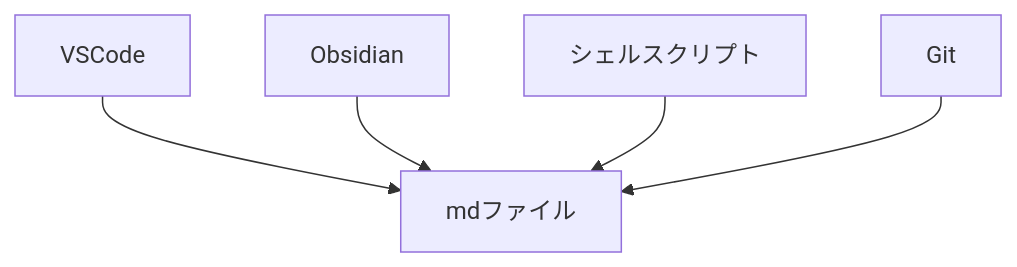
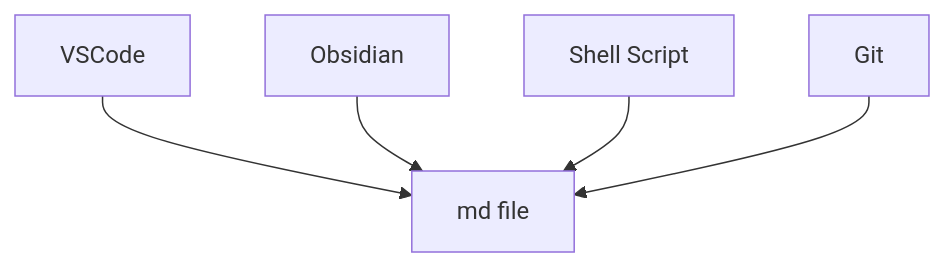
One commit to yo-goto/zenn-public-repo changed the diagram in books/obsidian-dot-zenn/3-oz-thinking-way.md. Above: the diagram before and after it, drawn with Mermaid. The commit also changed other lines of this file and 24 other files, not shown here.

````diff
--- a/books/obsidian-dot-zenn/3-oz-thinking-way.md
+++ b/books/obsidian-dot-zenn/3-oz-thinking-way.md
@@ -77,12 +137,12 @@
 ```mermaid
 flowchart TD
-    A["mdファイル"]
+    A[md file]
     B[VSCode]
     C[Obsidian]
-    D[シェルスクリプト]
+    D[Shell Script]
     G[Git]
     B --> A
     C --> A
     D --> A
     G --> A
 ```
````
